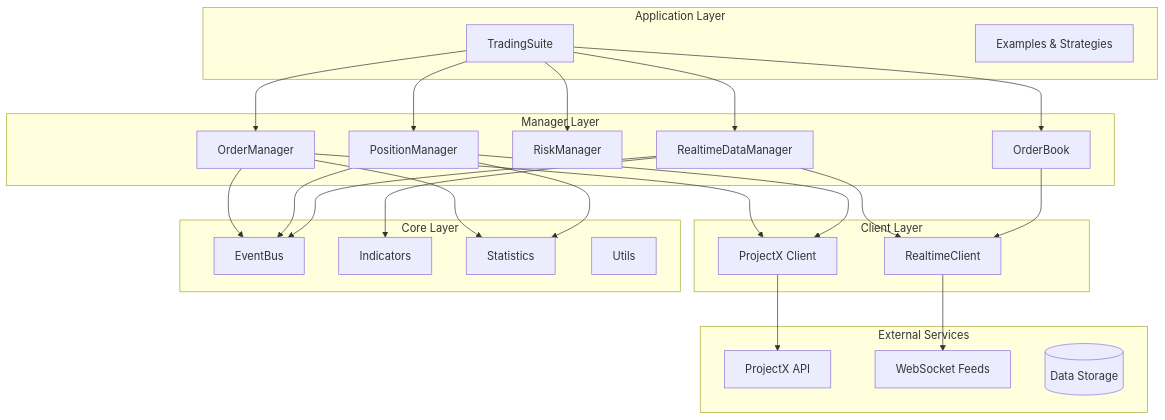
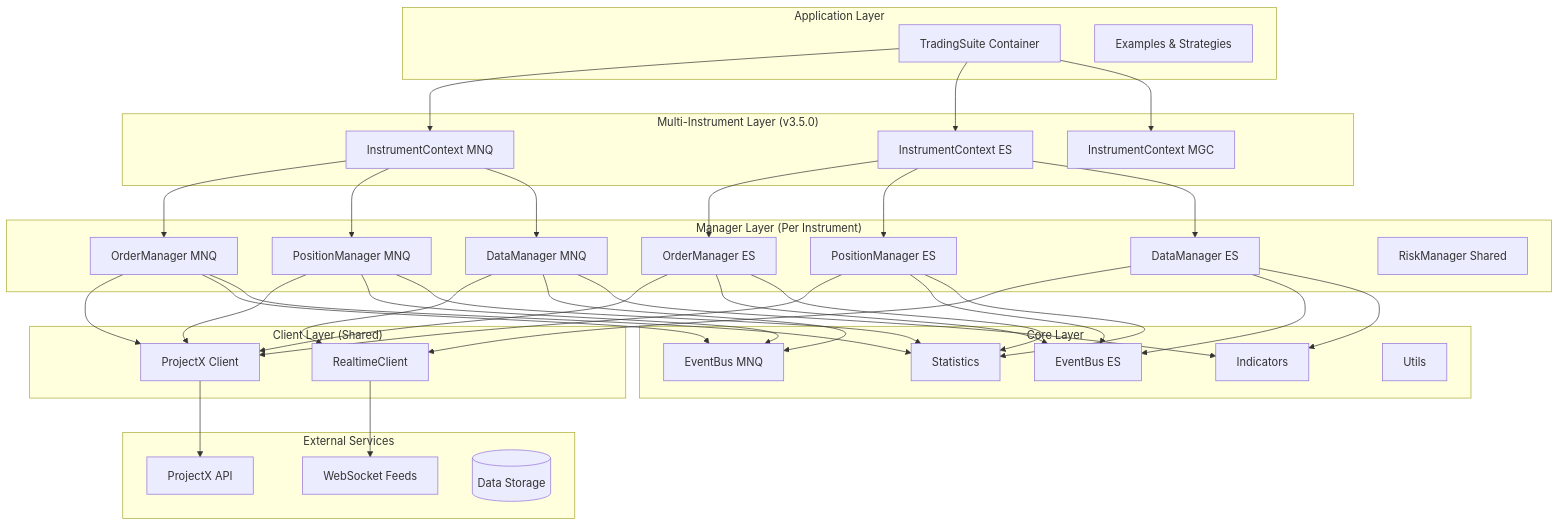
One commit to adan-zuniga/project-x-py changed the first of 4 diagrams in docs/development/architecture.md. Above: the diagram before and after it, drawn with Mermaid. The commit also changed other lines of this file and 6 other files, not shown here.

````diff
--- a/docs/development/architecture.md
+++ b/docs/development/architecture.md
@@ -20,55 +24,77 @@
 ```mermaid
 graph TB
     subgraph "Application Layer"
-        TS[TradingSuite]
+        TS[TradingSuite Container]
         EX[Examples & Strategies]
     end
 
-    subgraph "Manager Layer"
-        OM[OrderManager]
-        PM[PositionManager]
-        RM[RiskManager]
-        DM[RealtimeDataManager]
-        OB[OrderBook]
+    subgraph "Multi-Instrument Layer (v3.5.0)"
+        IC1[InstrumentContext MNQ]
+        IC2[InstrumentContext ES]
+        IC3[InstrumentContext MGC]
     end
 
-    subgraph "Client Layer"
+    subgraph "Manager Layer (Per Instrument)"
+        OM1[OrderManager MNQ]
+        PM1[PositionManager MNQ]
+        DM1[DataManager MNQ]
+        OM2[OrderManager ES]
+        PM2[PositionManager ES]
+        DM2[DataManager ES]
+        RM[RiskManager Shared]
+    end
+
+    subgraph "Client Layer (Shared)"
         PC[ProjectX Client]
         RC[RealtimeClient]
     end
 
     subgraph "Core Layer"
-        EB[EventBus]
+        EB1[EventBus MNQ]
+        EB2[EventBus ES]
         IND[Indicators]
         STAT[Statistics]
         UTILS[Utils]
     end
 
     subgraph "External Services"
         API[ProjectX API]
         WS[WebSocket Feeds]
         DB[(Data Storage)]
     end
 
-    TS --> OM
-    TS --> PM
-    TS --> RM
-    TS --> DM
-    TS --> OB
+    TS --> IC1
+    TS --> IC2
+    TS --> IC3
 
-    OM --> PC
-    PM --> PC
-    DM --> RC
-    OB --> RC
+    IC1 --> OM1
+    IC1 --> PM1
+    IC1 --> DM1
+    IC2 --> OM2
+    IC2 --> PM2
+    IC2 --> DM2
+
+    OM1 --> PC
+    OM2 --> PC
+    PM1 --> PC
+    PM2 --> PC
+    DM1 --> RC
+    DM2 --> RC
 
     PC --> API
     RC --> WS
 
-    OM --> EB
-    PM --> EB
-    DM --> EB
+    OM1 --> EB1
+    PM1 --> EB1
+    DM1 --> EB1
+    OM2 --> EB2
+    PM2 --> EB2
+    DM2 --> EB2
 
-    DM --> IND
-    OM --> STAT
-    PM --> STAT
+    DM1 --> IND
+    DM2 --> IND
+    OM1 --> STAT
+    OM2 --> STAT
+    PM1 --> STAT
+    PM2 --> STAT
 ```
````
